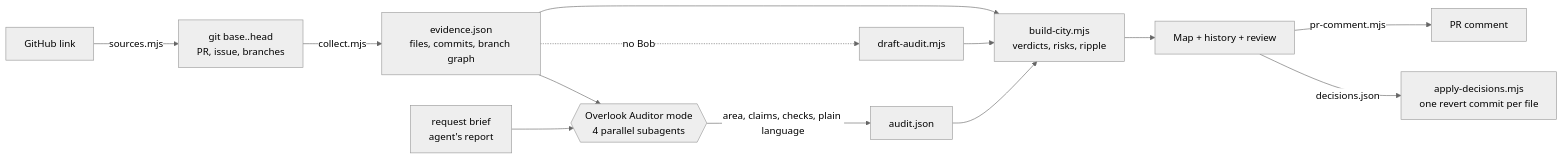
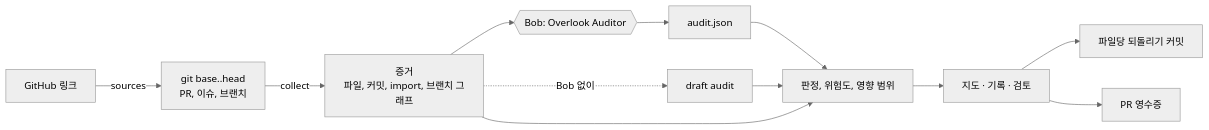
The second of 2 diagrams in README.ko.md (JONGSKY/Overlook), drawn with Mermaid (neutral theme) before and after one commit. The commit also changed other lines of this file and 1 other file, not shown here.

Commit message:
docs: rewrite the README around what reviewers see, real results and how we used Bob

````diff
--- a/README.ko.md
+++ b/README.ko.md
@@ -194,15 +202,14 @@
 ```mermaid
 flowchart LR
-  L[GitHub link] -->|sources.mjs| A[git base..head<br/>PR, issue, branches]
-  A -->|collect.mjs| B[evidence.json<br/>files, commits, branch graph]
-  R[request brief<br/>agent's report] --> C
-  B --> C{{Overlook Auditor mode<br/>4 parallel subagents}}
-  C -->|area, claims, checks, plain language| D[audit.json]
-  B -.no Bob.-> DA[draft-audit.mjs]
-  B --> E[build-city.mjs<br/>verdicts, risks, ripple]
-  D --> E
+  L[GitHub 링크] -->|sources| A[git base..head<br/>PR, 이슈, 브랜치]
+  A -->|collect| B[증거<br/>파일, 커밋, import, 브랜치 그래프]
+  B --> C{{Bob: Overlook Auditor}}
+  C --> D[audit.json]
+  B -.Bob 없이.-> DA[draft audit]
+  D --> E[판정, 위험도, 영향 범위]
   DA --> E
-  E --> F[Map + history + review]
-  F -->|decisions.json| G[apply-decisions.mjs<br/>one revert commit per file]
-  F -->|pr-comment.mjs| H[PR comment]
+  B --> E
+  E --> F[지도 · 기록 · 검토]
+  F --> G[파일당 되돌리기 커밋]
+  F --> H[PR 영수증]
 ```
````
